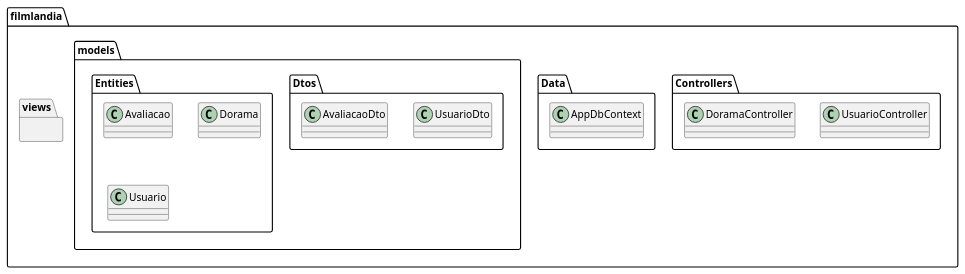
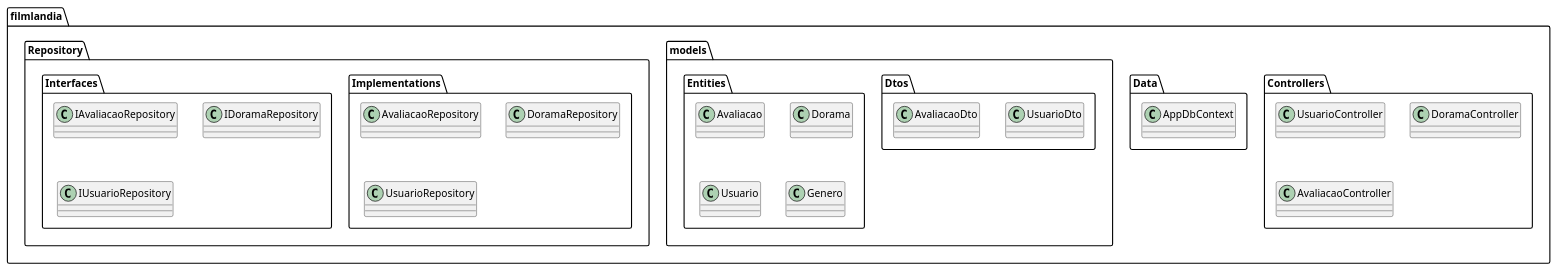
The diagram in Trab1-PS/diagramas/diagramas_plantuml/diagrama_de_projeto.plantuml (KaioHenr/Trab1-PS), drawn with PlantUML before and after one commit. The commit also changed 1 other file, not shown here.

```diff
--- a/Trab1-PS/diagramas/diagramas_plantuml/diagrama_de_projeto.plantuml
+++ b/Trab1-PS/diagramas/diagramas_plantuml/diagrama_de_projeto.plantuml
@@ -1,29 +1,48 @@
 @startuml
 package filmlandia {
+
         package Controllers {
-class UsuarioController
-class DoramaController
-}
+        class UsuarioController
+        class DoramaController
+        class AvaliacaoController
+        }
+        
+        
         package Data {
         class AppDbContext 
         }
         package models {
                 package Dtos {
-class UsuarioDto
-class AvaliacaoDto
+        class UsuarioDto
+        class AvaliacaoDto
 }
                 package Entities {
-    class Avaliacao
-    class Dorama
-    class Usuario
+        class Avaliacao
+        class Dorama
+        class Usuario
+        class Genero
             }
         
 
        
+       
         }
-package views{}
+
+        package Repository{
         
-
-    
-    }
+        package Implementations{
+        
+        class AvaliacaoRepository
+        class DoramaRepository
+        class UsuarioRepository
+        }
+        package Interfaces{
+        
+        class IAvaliacaoRepository
+        class IDoramaRepository
+        class IUsuarioRepository
+        
+        }
+        
+}
 @enduml
```
